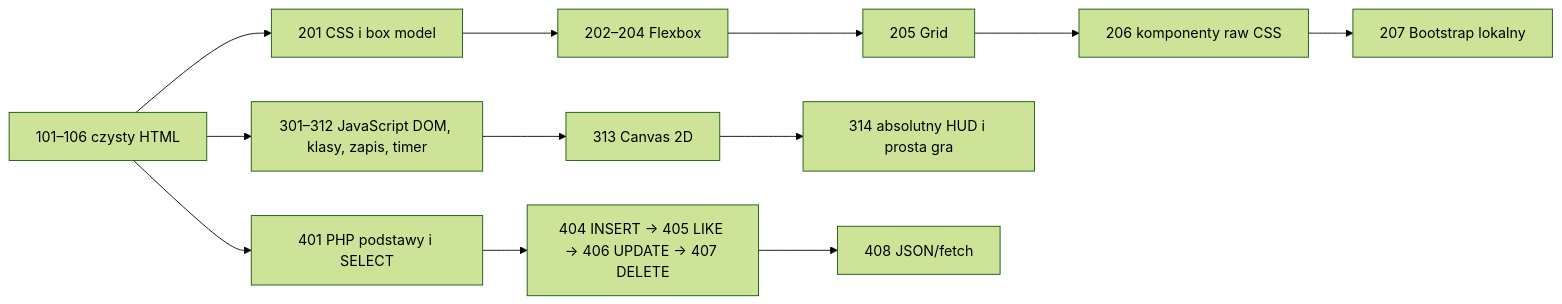
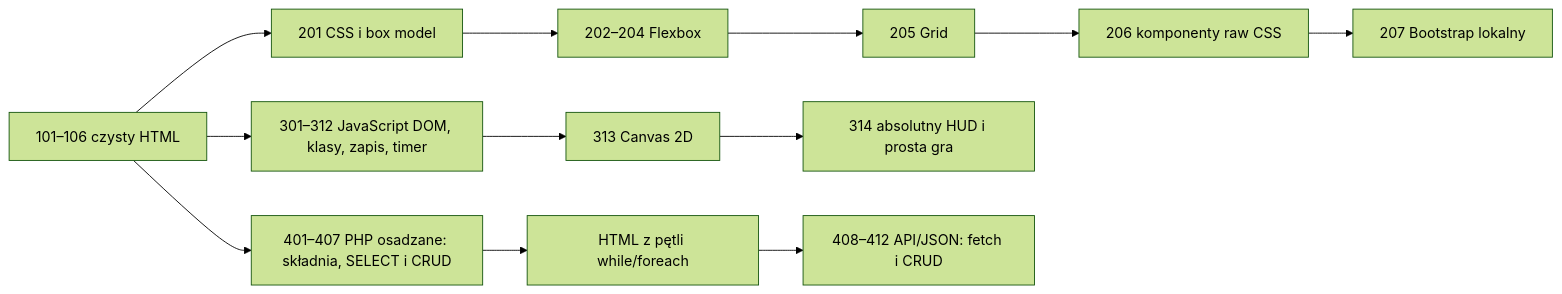
Before and after one commit to Radomiej/web-grounding: the diagram in docs/sessions/2026-09-14_course-series-1xx-4xx.md, drawn with Mermaid (forest theme). The commit also changed other lines of this file and 33 other files, not shown here.

Commit message:
feat: separate embedded PHP and API lessons

````diff
--- a/docs/sessions/2026-09-14_course-series-1xx-4xx.md
+++ b/docs/sessions/2026-09-14_course-series-1xx-4xx.md
@@ -68,14 +80,14 @@
 ```mermaid
 flowchart LR
     H[101–106 czysty HTML] --> C[201 CSS i box model]
     C --> F[202–204 Flexbox]
     F --> G[205 Grid]
     G --> K[206 komponenty raw CSS]
     K --> B[207 Bootstrap lokalny]
     H --> J[301–312 JavaScript DOM, klasy, zapis, timer]
     J --> V[313 Canvas 2D]
     V --> U[314 absolutny HUD i prosta gra]
-    H --> P[401 PHP podstawy i SELECT]
-    P --> R[404 INSERT → 405 LIKE → 406 UPDATE → 407 DELETE]
-    R --> Q[408 JSON/fetch]
+    H --> P[401–407 PHP osadzane: składnia, SELECT i CRUD]
+    P --> R[HTML z pętli while/foreach]
+    R --> Q[408–412 API/JSON: fetch i CRUD]
 ```
````
